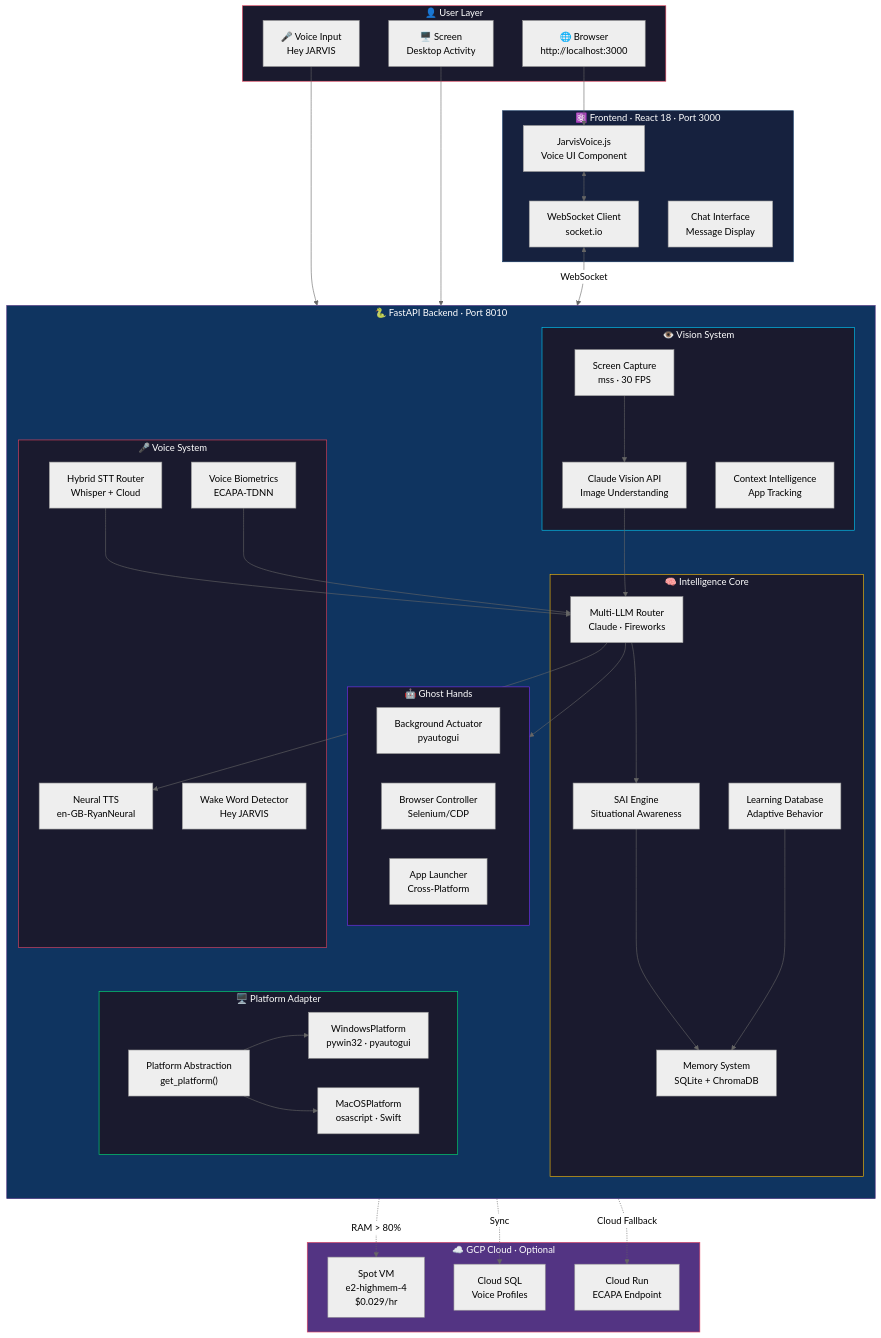
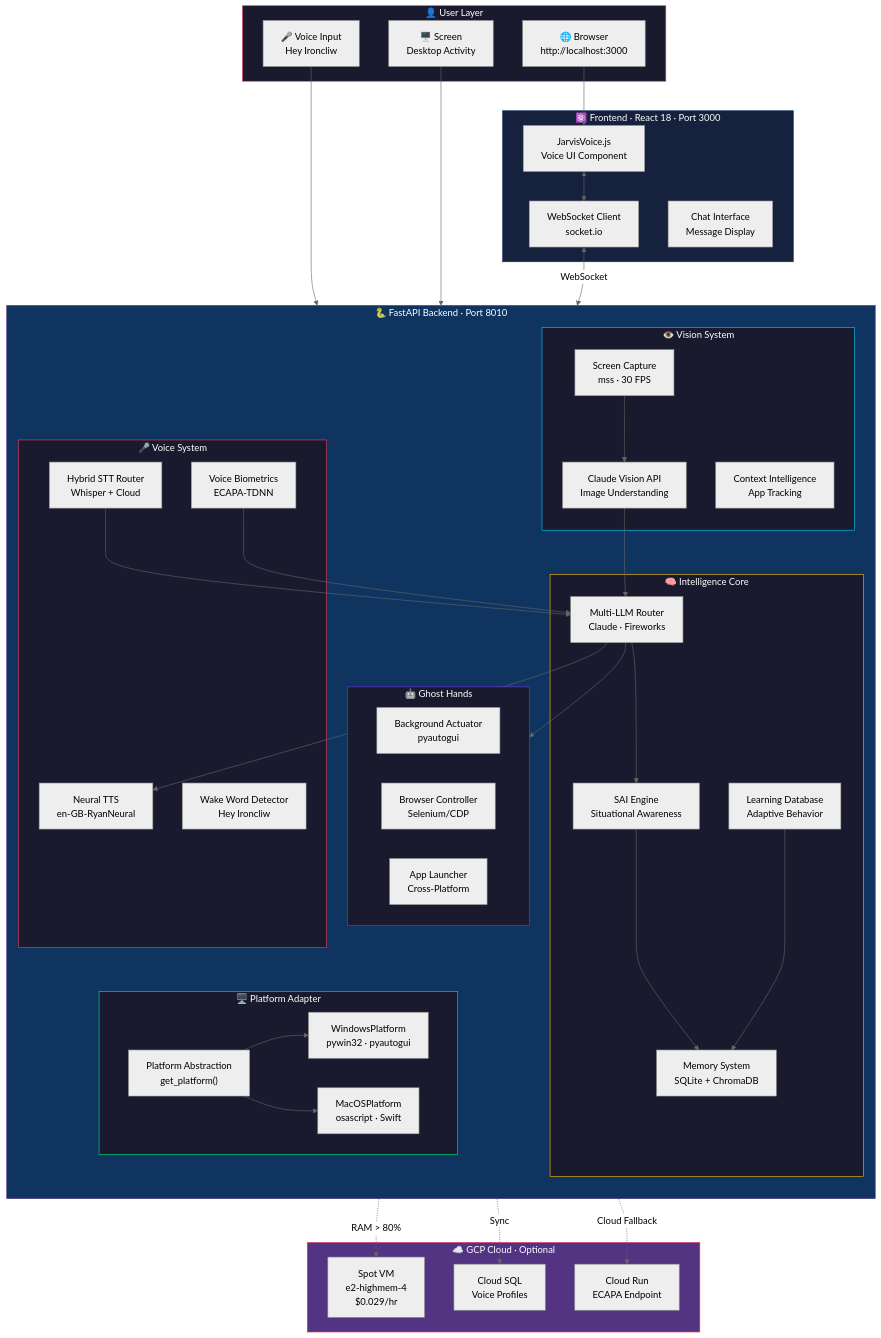
The first of 13 diagrams in README.md (nandkishorrathodk-art/Ironcliw-ai), drawn with Mermaid (neutral theme) before and after one commit. The commit also changed other lines of this file and 2439 other files, not shown here.

````diff
--- a/README.md
+++ b/README.md
@@ -105,7 +107,7 @@
 ```mermaid
 graph TB
     subgraph User["👤 User Layer"]
-        VOICE["🎤 Voice Input<br/>Hey JARVIS"]
+        VOICE["🎤 Voice Input<br/>Hey Ironcliw"]
         SCREEN["🖥️ Screen<br/>Desktop Activity"]
         BROWSER["🌐 Browser<br/>http://localhost:3000"]
     end
@@ -122,7 +124,7 @@
         subgraph VoiceSystem["🎤 Voice System"]
             STT["Hybrid STT Router<br/>Whisper + Cloud"]
             TTS["Neural TTS<br/>en-GB-RyanNeural"]
-            WAKE["Wake Word Detector<br/>Hey JARVIS"]
+            WAKE["Wake Word Detector<br/>Hey Ironcliw"]
             BIOMETRIC["Voice Biometrics<br/>ECAPA-TDNN"]
         end
 
````
